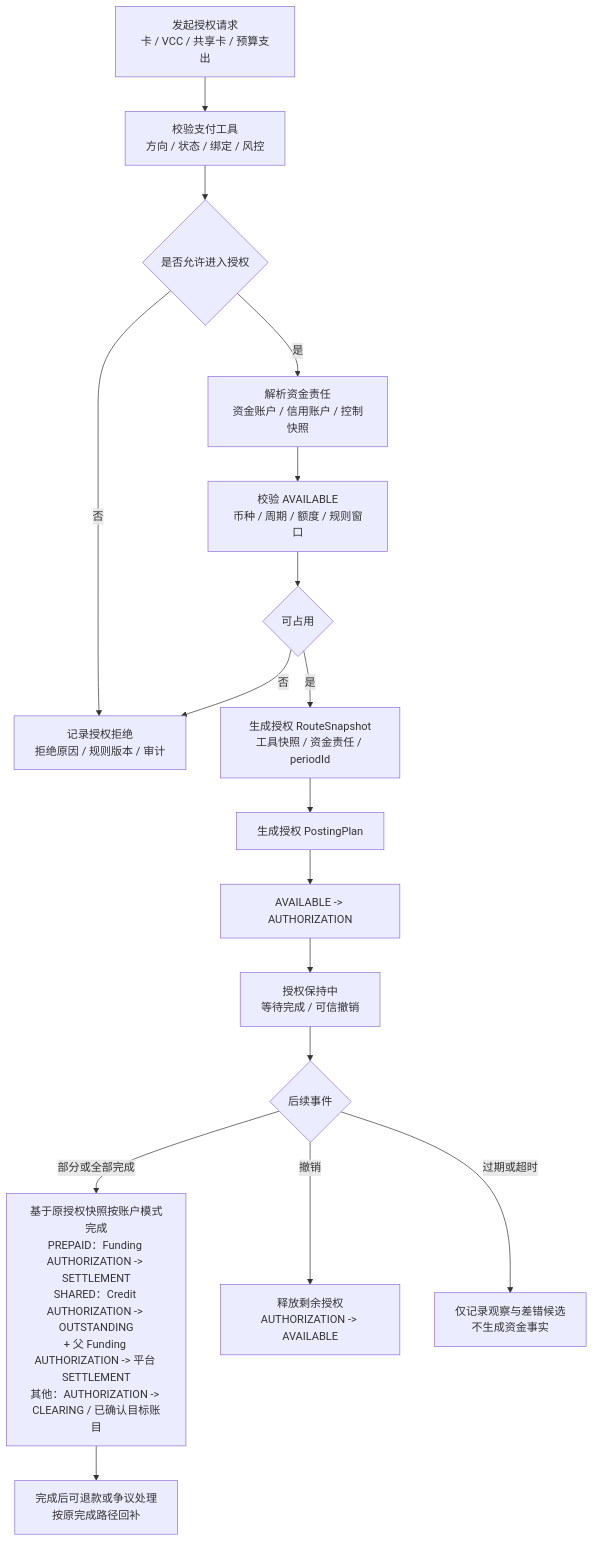
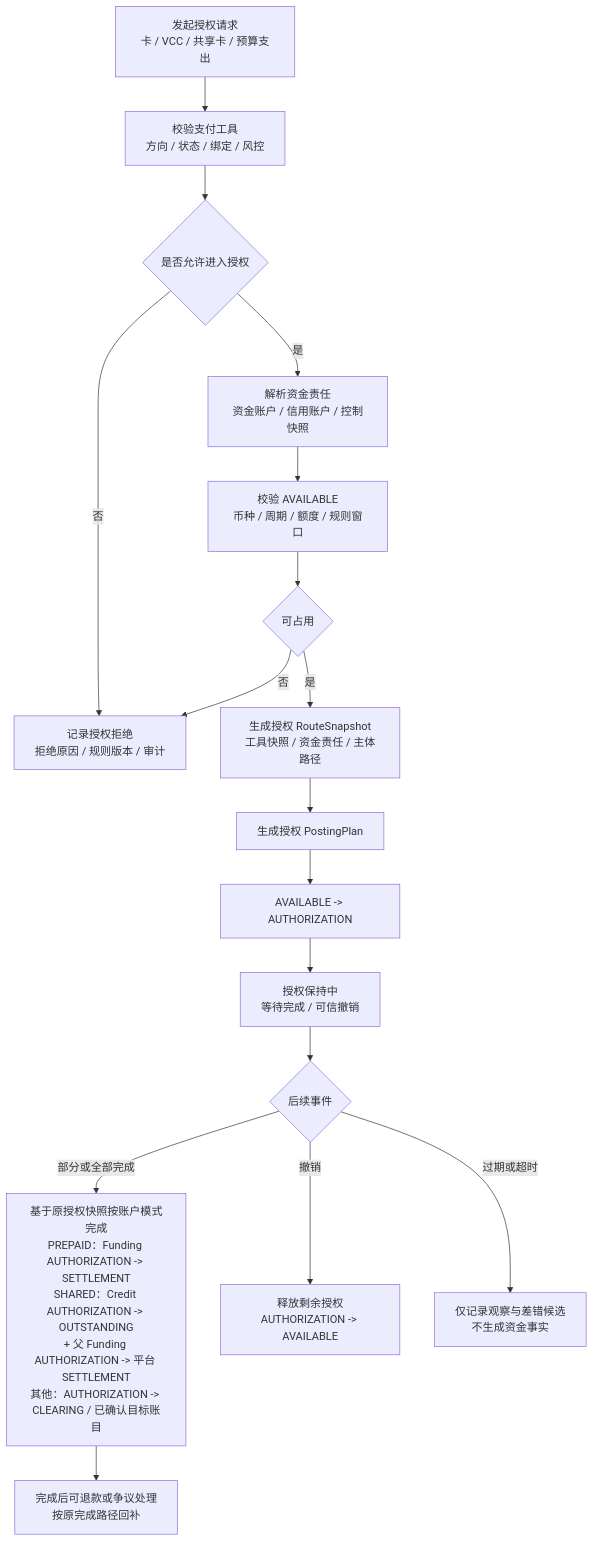
One commit to fengwuxp/wind-funds changed diagram 11 of 21 in docs/产品设计/02-交易路由钱包账目与投影.md. Above: the diagram before and after it, drawn with Mermaid. The commit also changed other lines of this file and 53 other files, not shown here.

````diff
--- a/docs/产品设计/02-交易路由钱包账目与投影.md
+++ b/docs/产品设计/02-交易路由钱包账目与投影.md
@@ -1007,19 +1006,19 @@
 ```mermaid
 flowchart TD
     A["发起授权请求\n卡 / VCC / 共享卡 / 预算支出"] --> B["校验支付工具\n方向 / 状态 / 绑定 / 风控"]
     B --> C{"是否允许进入授权"}
     C -- "否" --> D["记录授权拒绝\n拒绝原因 / 规则版本 / 审计"]
     C -- "是" --> E["解析资金责任\n资金账户 / 信用账户 / 控制快照"]
     E --> F["校验 AVAILABLE\n币种 / 周期 / 额度 / 规则窗口"]
     F --> G{"可占用"}
     G -- "否" --> D
-    G -- "是" --> H["生成授权 RouteSnapshot\n工具快照 / 资金责任 / periodId"]
+    G -- "是" --> H["生成授权 RouteSnapshot\n工具快照 / 资金责任 / 主体路径"]
     H --> I["生成授权 PostingPlan"]
     I --> J["AVAILABLE -> AUTHORIZATION"]
     J --> K["授权保持中\n等待完成 / 可信撤销"]
     K --> L{"后续事件"}
     L -- "部分或全部完成" --> M["基于原授权快照按账户模式完成\nPREPAID：Funding AUTHORIZATION -> SETTLEMENT\nSHARED：Credit AUTHORIZATION -> OUTSTANDING\n+ 父 Funding AUTHORIZATION -> 平台 SETTLEMENT\n其他：AUTHORIZATION -> CLEARING / 已确认目标账目"]
     L -- "撤销" --> N["释放剩余授权\nAUTHORIZATION -> AVAILABLE"]
     L -- "过期或超时" --> O["仅记录观察与差错候选\n不生成资金事实"]
     M --> P["完成后可退款或争议处理\n按原完成路径回补"]
 ```
````
